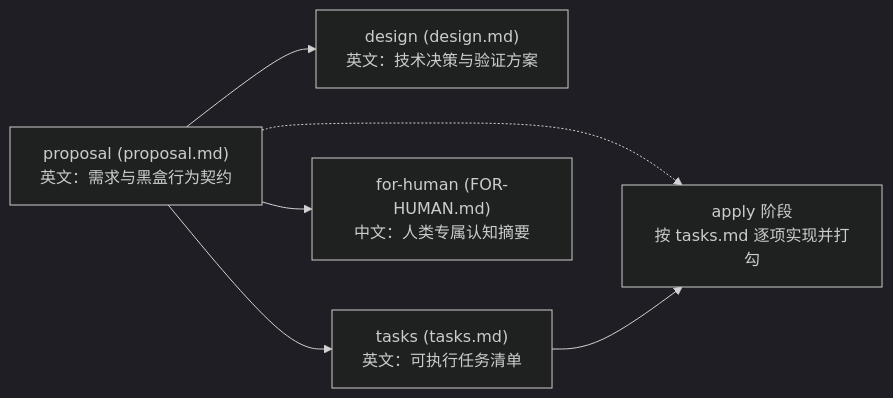
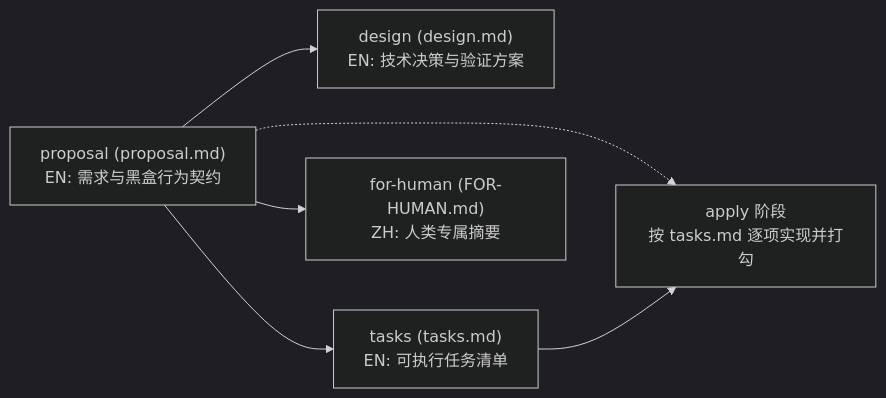
Before and after one commit to marble810/opsx-schema-driven: the diagram in README.md, drawn with Mermaid (dark theme). The commit also changed other lines of this file, not shown here.

````diff
--- a/README.md
+++ b/README.md
@@ -28,14 +65,14 @@
 ```mermaid
 flowchart LR
-    proposal["proposal (proposal.md)<br/>英文：需求与黑盒行为契约"]
-    design["design (design.md)<br/>英文：技术决策与验证方案"]
-    tasks["tasks (tasks.md)<br/>英文：可执行任务清单"]
-    for_human["for-human (FOR-HUMAN.md)<br/>中文：人类专属认知摘要"]
+    proposal["proposal (proposal.md)<br/>EN: 需求与黑盒行为契约"]
+    design["design (design.md)<br/>EN: 技术决策与验证方案"]
+    tasks["tasks (tasks.md)<br/>EN: 可执行任务清单"]
+    for_human["for-human (FOR-HUMAN.md)<br/>ZH: 人类专属摘要"]
     apply["apply 阶段<br/>按 tasks.md 逐项实现并打勾"]
 
     proposal --> design
     proposal --> tasks
     proposal --> for_human
     proposal -.-> apply
     tasks --> apply
 ```
````
